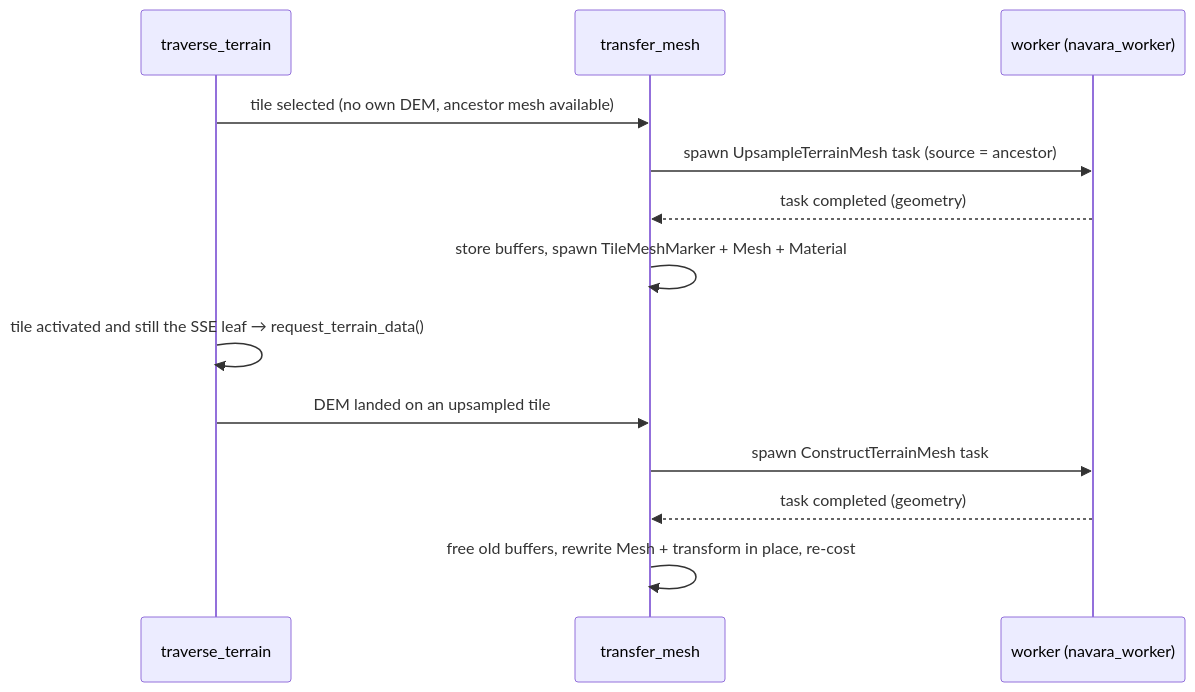
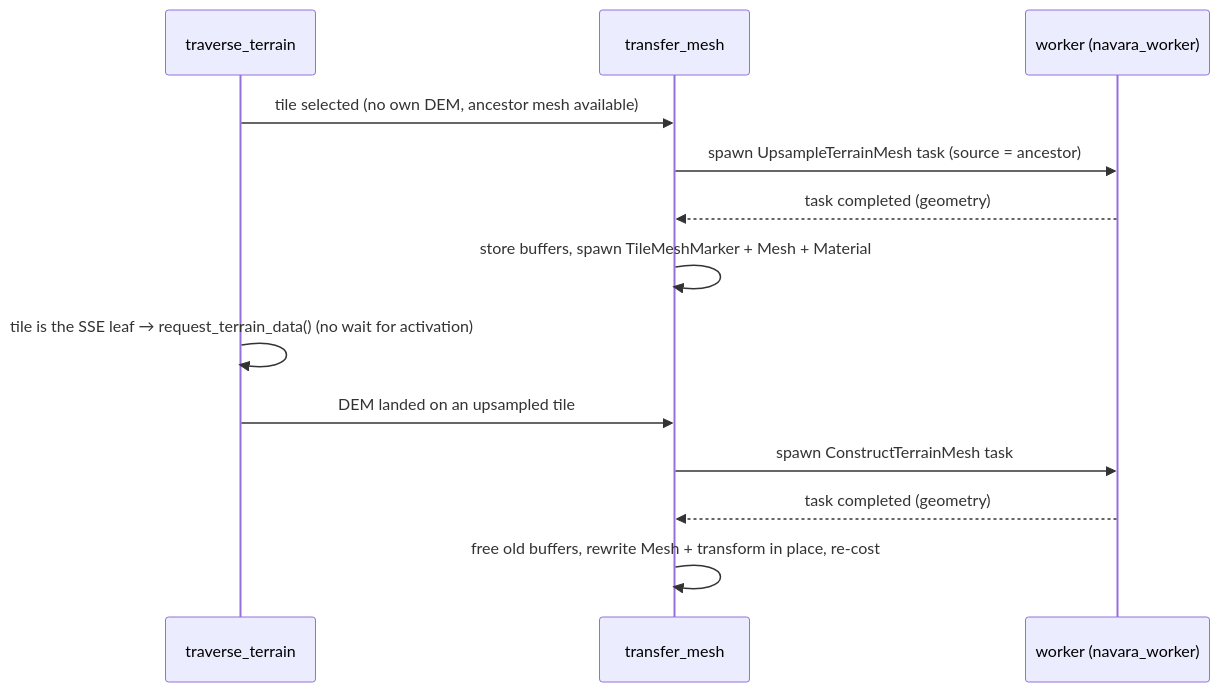
One commit to adel-elmala/navara changed the sixth of 10 diagrams in guide/TILE_TERRAIN_TRAVERSAL.md. Above: the diagram before and after it, drawn with Mermaid. The commit also changed other lines of this file and 3 other files, not shown here.

````diff
--- a/guide/TILE_TERRAIN_TRAVERSAL.md
+++ b/guide/TILE_TERRAIN_TRAVERSAL.md
@@ -278,15 +290,15 @@
 ```mermaid
 sequenceDiagram
   participant T as traverse_terrain
   participant TM as transfer_mesh
   participant W as worker (navara_worker)
   T->>TM: tile selected (no own DEM, ancestor mesh available)
   TM->>W: spawn UpsampleTerrainMesh task (source = ancestor)
   W-->>TM: task completed (geometry)
   TM->>TM: store buffers, spawn TileMeshMarker + Mesh + Material
-  T->>T: tile activated and still the SSE leaf → request_terrain_data()
+  T->>T: tile is the SSE leaf → request_terrain_data() (no wait for activation)
   T->>TM: DEM landed on an upsampled tile
   TM->>W: spawn ConstructTerrainMesh task
   W-->>TM: task completed (geometry)
   TM->>TM: free old buffers, rewrite Mesh + transform in place, re-cost
 ```
````
